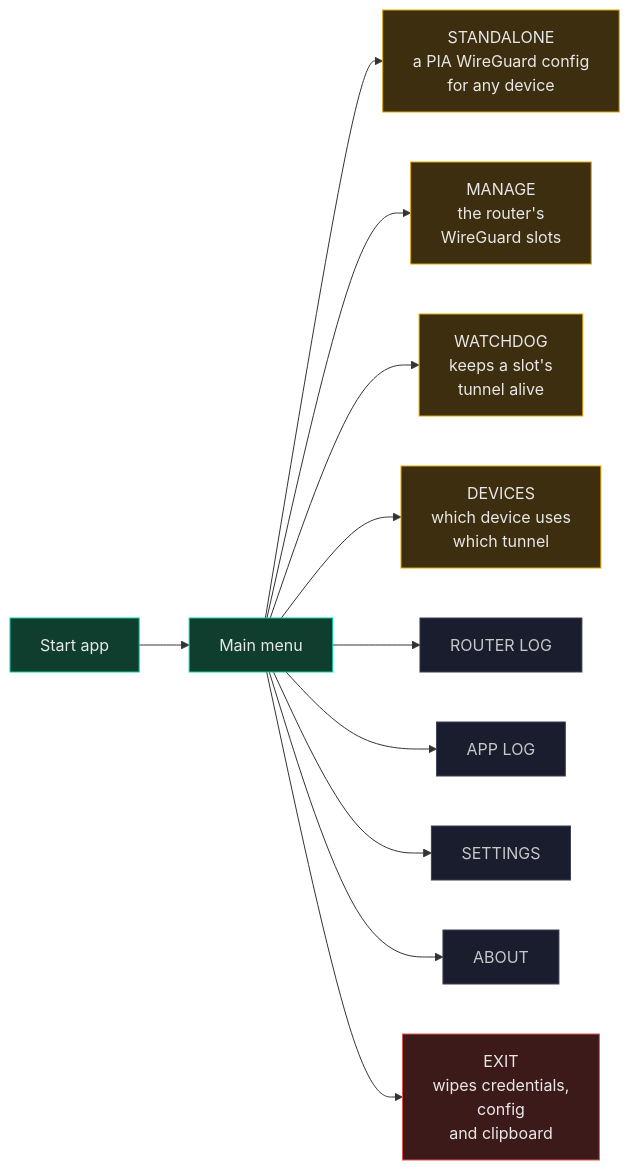
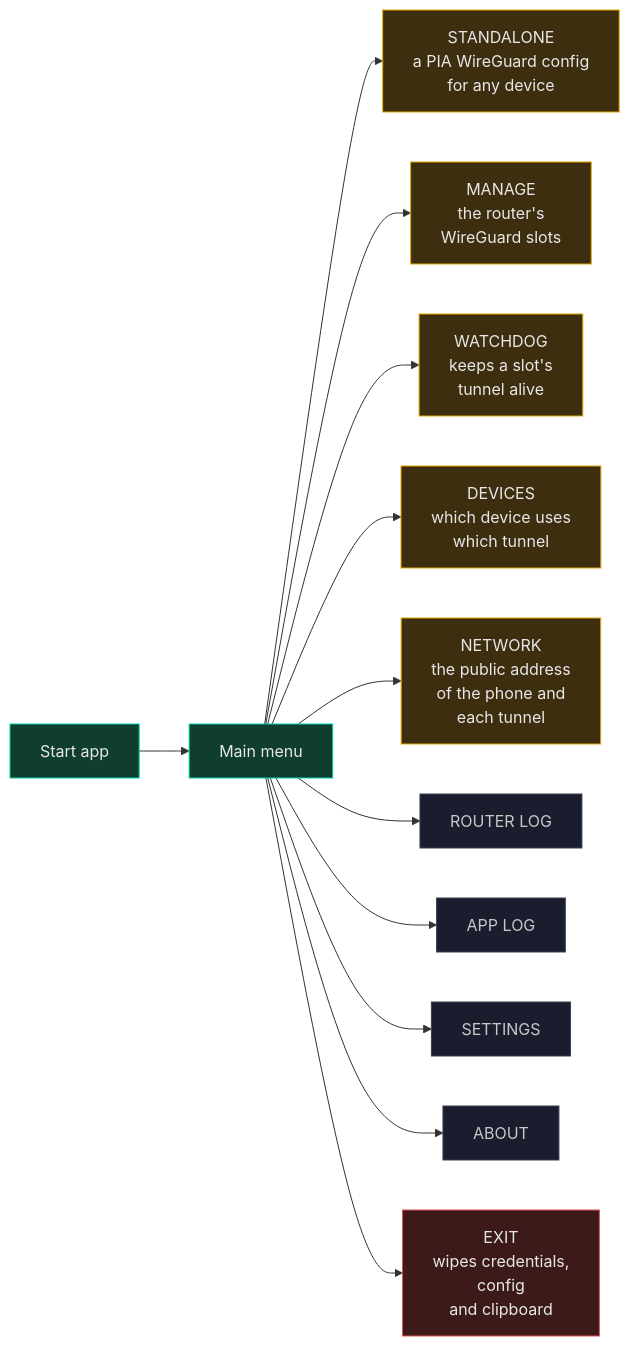
Before and after one commit to ExponentiallyDigital/cfg-pia-wg: the first of 13 diagrams in ARCHITECTURE.md, drawn with Mermaid. The commit also changed other lines of this file and 2 other files, not shown here.

Commit message:
v0.8.187 build 557 - NETWORK drawn in ARCHITECTURE.md's diagrams

````diff
--- a/ARCHITECTURE.md
+++ b/ARCHITECTURE.md
@@ -157,22 +157,23 @@
 ```mermaid
 flowchart LR
     A["Start app"] --> B["Main menu"]
     B --> C["STANDALONE<br/>a PIA WireGuard config<br/>for any device"]
     B --> D["MANAGE<br/>the router's<br/>WireGuard slots"]
     B --> E["WATCHDOG<br/>keeps a slot's<br/>tunnel alive"]
     B --> DA["DEVICES<br/>which device uses<br/>which tunnel"]
+    B --> NW["NETWORK<br/>the public address<br/>of the phone and<br/>each tunnel"]
     B --> RL["ROUTER LOG"]
     B --> AL["APP LOG"]
     B --> ST["SETTINGS"]
     B --> AB["ABOUT"]
     B --> X["EXIT<br/>wipes credentials,<br/>config<br/>and clipboard"]
 
     classDef go fill:#0F3D2E,stroke:#00D4AA,color:#E8E8E8
     classDef bad fill:#3D1A1A,stroke:#E05252,color:#E8E8E8
     classDef work fill:#3D2E0F,stroke:#E0A800,color:#E8E8E8
     classDef step fill:#1A1D2E,stroke:#3A3F55,color:#C8C8C8
     class A,B go
-    class C,D,E,DA work
+    class C,D,E,DA,NW work
     class RL,AL,ST,AB step
     class X bad
 ```
````
